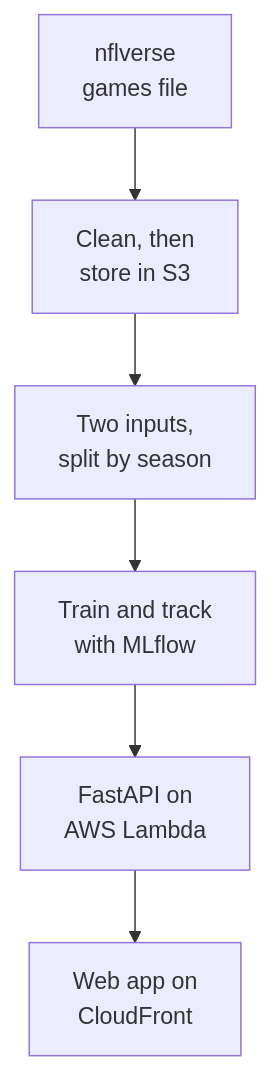
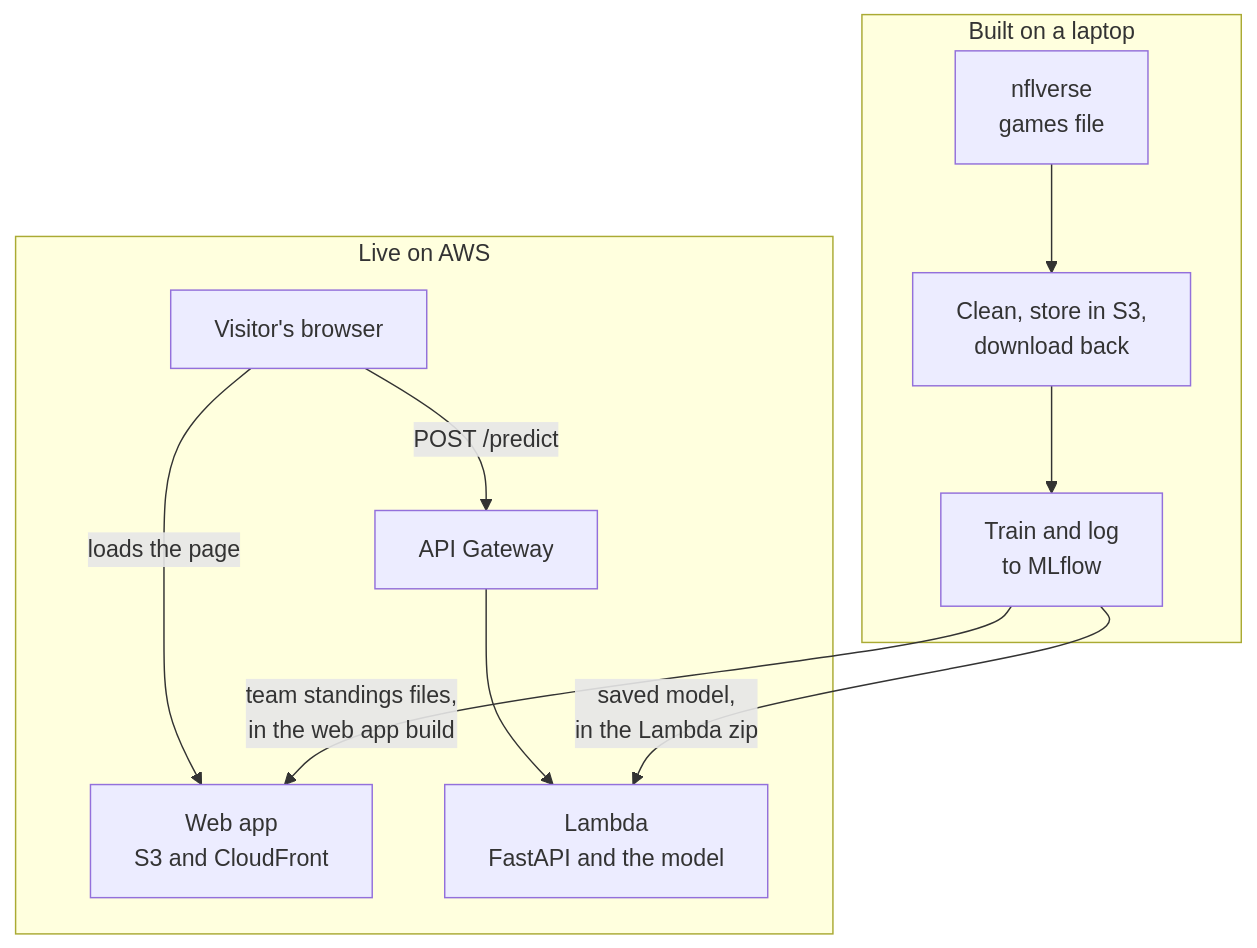
The diagram in README.md (jconnors23/510-m3-nfl-prediction-analytics), drawn with Mermaid before and after one commit. The commit also changed 1 other file, not shown here.

````diff
--- a/README.md
+++ b/README.md
@@ -19,8 +19,14 @@
 ```mermaid
 flowchart TB
-    A["nflverse<br/>games file"] --> B["Clean, then<br/>store in S3"]
-    B --> C["Two inputs,<br/>split by season"]
-    C --> D["Train and track<br/>with MLflow"]
-    D --> E["FastAPI on<br/>AWS Lambda"]
-    E --> F["Web app on<br/>CloudFront"]
+    subgraph Build["Built on a laptop"]
+        A["nflverse<br/>games file"] --> B["Clean, store in S3,<br/>download back"]
+        B --> C["Train and log<br/>to MLflow"]
+    end
+    subgraph Live["Live on AWS"]
+        V["Visitor's browser"] -->|"loads the page"| W["Web app<br/>S3 and CloudFront"]
+        V -->|"POST /predict"| G["API Gateway"]
+        G --> L["Lambda<br/>FastAPI and the model"]
+    end
+    C -->|"saved model,<br/>in the Lambda zip"| L
+    C -->|"team standings files,<br/>in the web app build"| W
 ```
````
